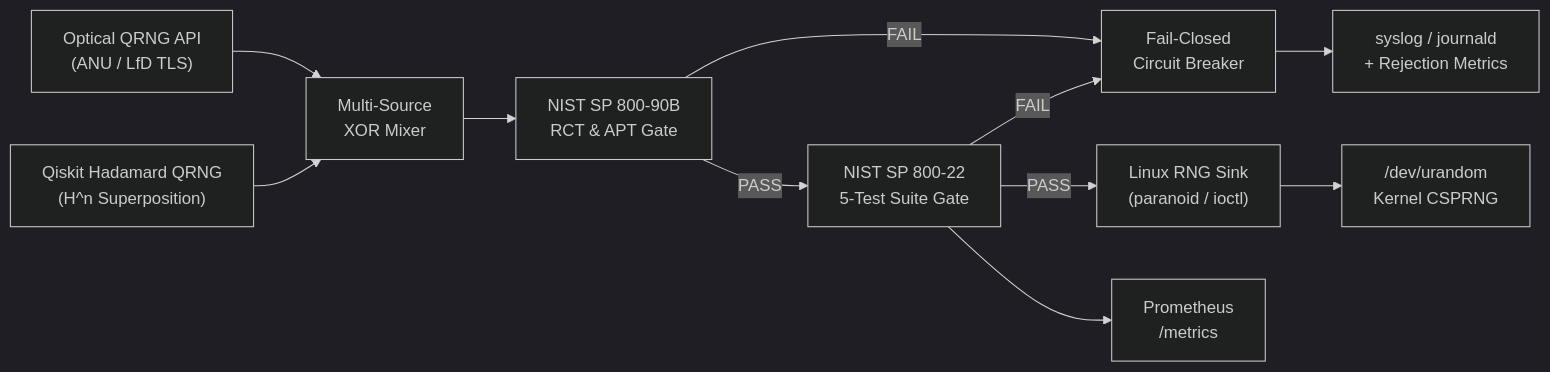
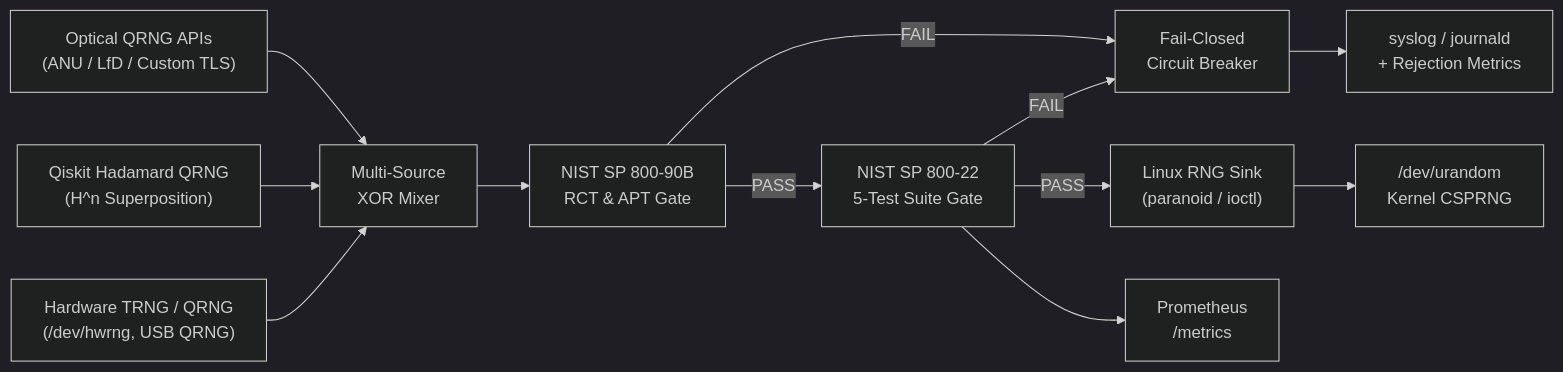
One commit to PelleNybe/qentropyd changed the diagram in README.md. Above: the diagram before and after it, drawn with Mermaid (dark theme). The commit also changed other lines of this file and 14 other files, not shown here.

Commit message:
feat: add /dev/hwrng source, multi-HTTP QRNG support, JSON CLI output, and expanded tests

````diff
--- a/README.md
+++ b/README.md
@@ -18,13 +20,14 @@
 ```mermaid
 flowchart LR
-    S1["Optical QRNG API\n(ANU / LfD TLS)"] --> M["Multi-Source\nXOR Mixer"]
+    S1["Optical QRNG APIs\n(ANU / LfD / Custom TLS)"] --> M["Multi-Source\nXOR Mixer"]
     S2["Qiskit Hadamard QRNG\n(H^n Superposition)"] --> M
+    S3["Hardware TRNG / QRNG\n(/dev/hwrng, USB QRNG)"] --> M
     M --> G1["NIST SP 800-90B\nRCT & APT Gate"]
     G1 -->|PASS| G2["NIST SP 800-22\n5-Test Suite Gate"]
     G1 -->|FAIL| CB["Fail-Closed\nCircuit Breaker"]
     G2 -->|FAIL| CB
     CB --> LOG["syslog / journald\n+ Rejection Metrics"]
     G2 -->|PASS| SINK["Linux RNG Sink\n(paranoid / ioctl)"]
     SINK --> URAND["/dev/urandom\nKernel CSPRNG"]
     G2 --> PROM["Prometheus\n/metrics"]
 ```
````
